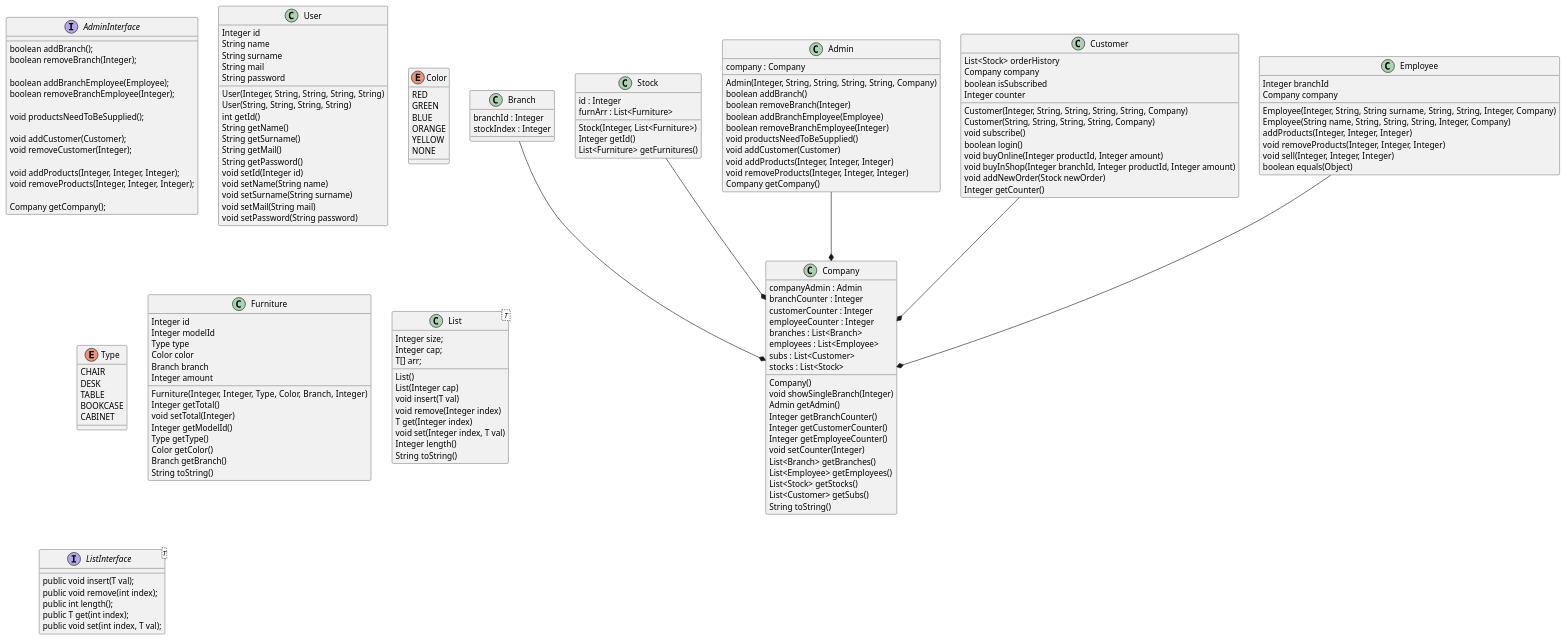
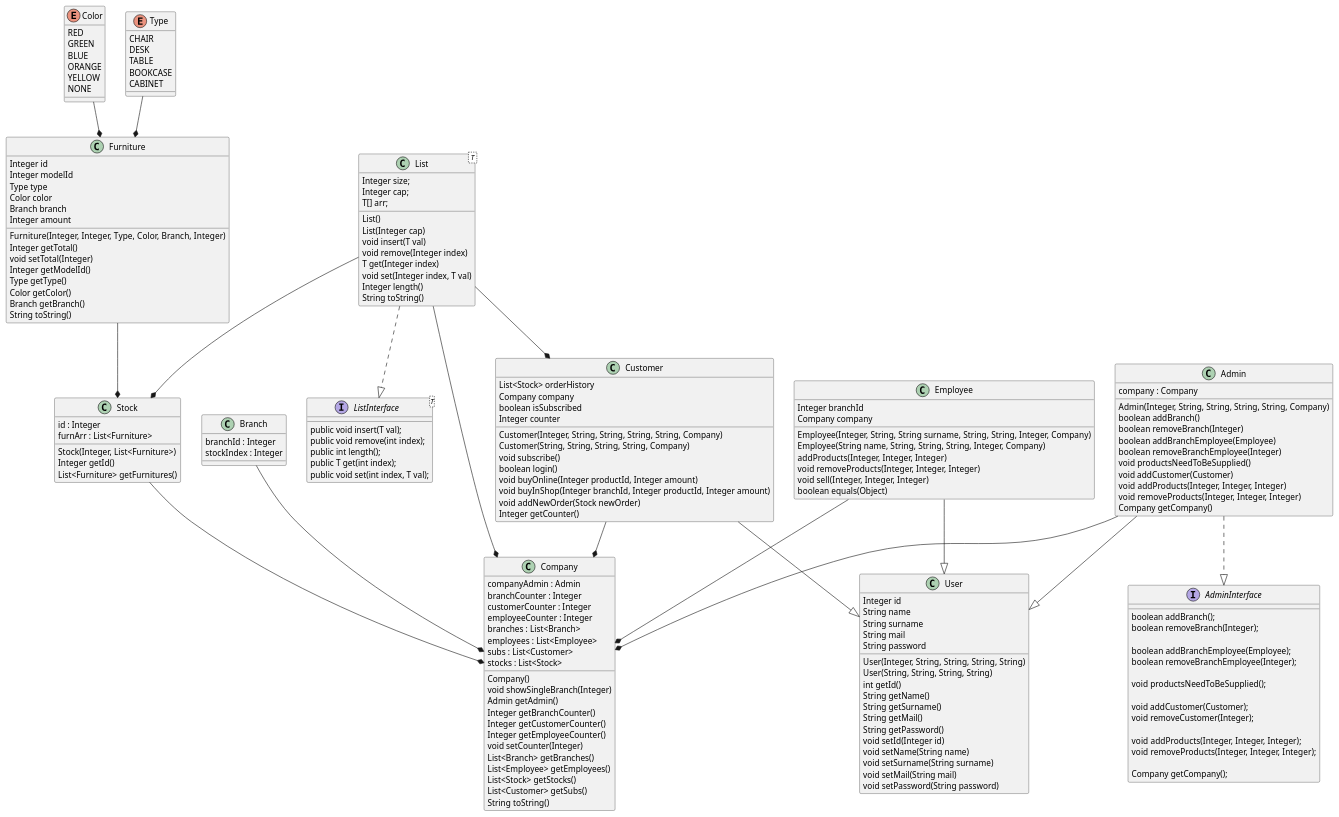
Before and after one commit to barisayyildiz/Data-Structures-Homeworks: the diagram in classes.puml, drawn with PlantUML. The commit also changed 1 other file, not shown here.

Commit message:
class diagram relationlar oluşturuldu

```diff
--- a/classes.puml
+++ b/classes.puml
@@ -203,6 +203,19 @@
 Customer --* Company
 Stock --* Company
 Admin --* Company
+Admin --|> User
+Employee --|> User
+Customer --|> User
+Admin ..|> AdminInterface
+List ..|> ListInterface
+Furniture --* Stock
+Color --* Furniture
+Type --* Furniture
+List --* Stock
+List --* Customer
+List --* Company
+
+
 
 
 
```
